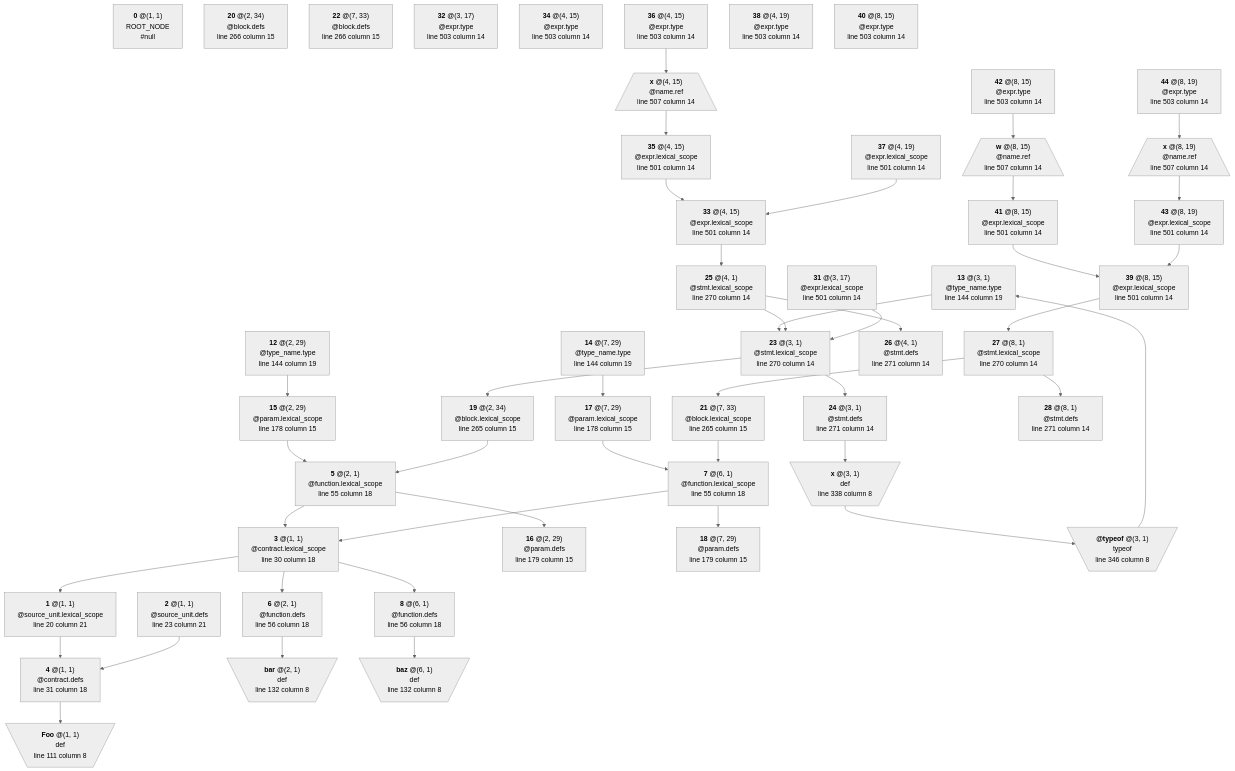
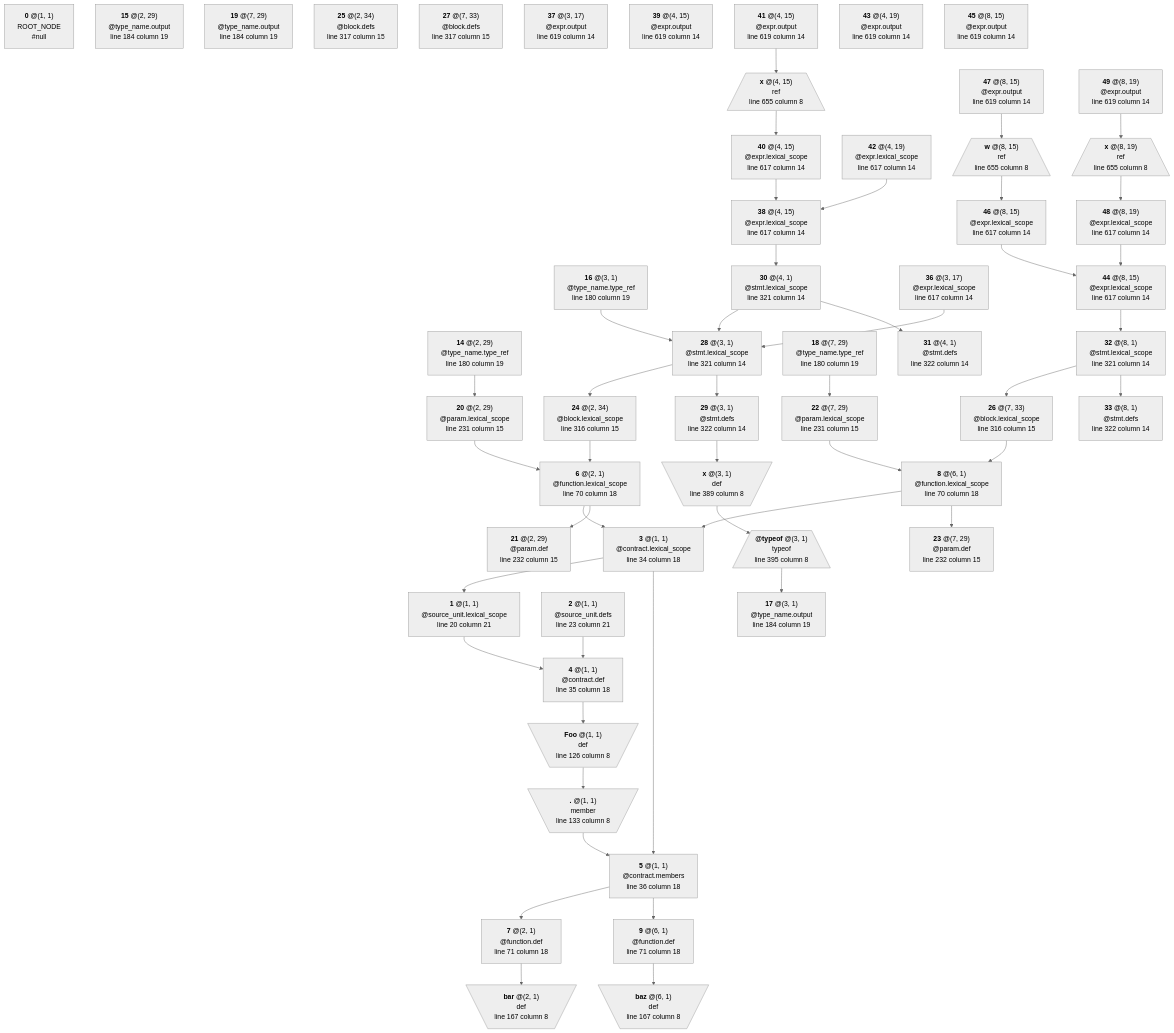
The diagram in crates/solidity/testing/snapshots/bindings_output/lexical/local_vars/generated/0.5.0.mmd (manastech/slang), drawn with Mermaid (neutral theme) before and after one commit. The commit also changed 39 other files, not shown here.

First line of the commit message:
Bindings for structs and refactor contract/libs/ifaces members rules

```diff
--- a/crates/solidity/testing/snapshots/bindings_output/lexical/local_vars/generated/0.5.0.mmd
+++ b/crates/solidity/testing/snapshots/bindings_output/lexical/local_vars/generated/0.5.0.mmd
@@ -14,175 +14,193 @@
 	N2 --> N4
 	N3["`**3** @(1, 1)
 @contract.lexical_scope
-line 30 column 18`"]
+line 34 column 18`"]
 	N3 --> N1
-	N3 --> N6
-	N3 --> N8
+	N3 --> N5
 	N4["`**4** @(1, 1)
-@contract.defs
-line 31 column 18`"]
-	N4 --> N9
-	N5["`**5** @(2, 1)
+@contract.def
+line 35 column 18`"]
+	N4 --> N10
+	N5["`**5** @(1, 1)
+@contract.members
+line 36 column 18`"]
+	N5 --> N7
+	N5 --> N9
+	N6["`**6** @(2, 1)
 @function.lexical_scope
-line 55 column 18`"]
-	N5 --> N3
-	N5 --> N16
-	N6["`**6** @(2, 1)
-@function.defs
-line 56 column 18`"]
-	N6 --> N10
-	N7["`**7** @(6, 1)
+line 70 column 18`"]
+	N6 --> N3
+	N6 --> N21
+	N7["`**7** @(2, 1)
+@function.def
+line 71 column 18`"]
+	N7 --> N12
+	N8["`**8** @(6, 1)
 @function.lexical_scope
-line 55 column 18`"]
-	N7 --> N3
-	N7 --> N18
-	N8["`**8** @(6, 1)
-@function.defs
-line 56 column 18`"]
-	N8 --> N11
-	N9[\"`**Foo** @(1, 1)
+line 70 column 18`"]
+	N8 --> N3
+	N8 --> N23
+	N9["`**9** @(6, 1)
+@function.def
+line 71 column 18`"]
+	N9 --> N13
+	N10[\"`**Foo** @(1, 1)
 def
-line 111 column 8`"/]
-	N10[\"`**bar** @(2, 1)
+line 126 column 8`"/]
+	N10 --> N11
+	N11[\"`**.** @(1, 1)
+member
+line 133 column 8`"/]
+	N11 --> N5
+	N12[\"`**bar** @(2, 1)
 def
-line 132 column 8`"/]
-	N11[\"`**baz** @(6, 1)
+line 167 column 8`"/]
+	N13[\"`**baz** @(6, 1)
 def
-line 132 column 8`"/]
-	N12["`**12** @(2, 29)
-@type_name.type
-line 144 column 19`"]
-	N12 --> N15
-	N13["`**13** @(3, 1)
-@type_name.type
-line 144 column 19`"]
-	N13 --> N23
-	N14["`**14** @(7, 29)
-@type_name.type
-line 144 column 19`"]
-	N14 --> N17
+line 167 column 8`"/]
+	N14["`**14** @(2, 29)
+@type_name.type_ref
+line 180 column 19`"]
+	N14 --> N20
 	N15["`**15** @(2, 29)
+@type_name.output
+line 184 column 19`"]
+	N16["`**16** @(3, 1)
+@type_name.type_ref
+line 180 column 19`"]
+	N16 --> N28
+	N17["`**17** @(3, 1)
+@type_name.output
+line 184 column 19`"]
+	N18["`**18** @(7, 29)
+@type_name.type_ref
+line 180 column 19`"]
+	N18 --> N22
+	N19["`**19** @(7, 29)
+@type_name.output
+line 184 column 19`"]
+	N20["`**20** @(2, 29)
 @param.lexical_scope
-line 178 column 15`"]
-	N15 --> N5
-	N16["`**16** @(2, 29)
-@param.defs
-line 179 column 15`"]
-	N17["`**17** @(7, 29)
+line 231 column 15`"]
+	N20 --> N6
+	N21["`**21** @(2, 29)
+@param.def
+line 232 column 15`"]
+	N22["`**22** @(7, 29)
 @param.lexical_scope
-line 178 column 15`"]
-	N17 --> N7
-	N18["`**18** @(7, 29)
-@param.defs
-line 179 column 15`"]
-	N19["`**19** @(2, 34)
+line 231 column 15`"]
+	N22 --> N8
+	N23["`**23** @(7, 29)
+@param.def
+line 232 column 15`"]
+	N24["`**24** @(2, 34)
 @block.lexical_scope
-line 265 column 15`"]
-	N19 --> N5
-	N20["`**20** @(2, 34)
+line 316 column 15`"]
+	N24 --> N6
+	N25["`**25** @(2, 34)
 @block.defs
-line 266 column 15`"]
-	N21["`**21** @(7, 33)
+line 317 column 15`"]
+	N26["`**26** @(7, 33)
 @block.lexical_scope
-line 265 column 15`"]
-	N21 --> N7
-	N22["`**22** @(7, 33)
+line 316 column 15`"]
+	N26 --> N8
+	N27["`**27** @(7, 33)
 @block.defs
-line 266 column 15`"]
-	N23["`**23** @(3, 1)
+line 317 column 15`"]
+	N28["`**28** @(3, 1)
 @stmt.lexical_scope
-line 270 column 14`"]
-	N23 --> N19
-	N23 --> N24
-	N24["`**24** @(3, 1)
+line 321 column 14`"]
+	N28 --> N24
+	N28 --> N29
+	N29["`**29** @(3, 1)
 @stmt.defs
-line 271 column 14`"]
-	N24 --> N29
-	N25["`**25** @(4, 1)
+line 322 column 14`"]
+	N29 --> N34
+	N30["`**30** @(4, 1)
 @stmt.lexical_scope
-line 270 column 14`"]
-	N25 --> N23
-	N25 --> N26
-	N26["`**26** @(4, 1)
+line 321 column 14`"]
+	N30 --> N28
+	N30 --> N31
+	N31["`**31** @(4, 1)
 @stmt.defs
-line 271 column 14`"]
-	N27["`**27** @(8, 1)
+line 322 column 14`"]
+	N32["`**32** @(8, 1)
 @stmt.lexical_scope
-line 270 column 14`"]
-	N27 --> N21
-	N27 --> N28
-	N28["`**28** @(8, 1)
+line 321 column 14`"]
+	N32 --> N26
+	N32 --> N33
+	N33["`**33** @(8, 1)
 @stmt.defs
-line 271 column 14`"]
-	N29[\"`**x** @(3, 1)
+line 322 column 14`"]
+	N34[\"`**x** @(3, 1)
 def
-line 338 column 8`"/]
-	N29 --> N30
-	N30[\"`**@typeof** @(3, 1)
+line 389 column 8`"/]
+	N34 --> N35
+	N35[/"`**@typeof** @(3, 1)
 typeof
-line 346 column 8`"/]
-	N30 --> N13
-	N31["`**31** @(3, 17)
+line 395 column 8`"\]
+	N35 --> N17
+	N36["`**36** @(3, 17)
 @expr.lexical_scope
-line 501 column 14`"]
-	N31 --> N23
-	N32["`**32** @(3, 17)
-@expr.type
-line 503 column 14`"]
-	N33["`**33** @(4, 15)
+line 617 column 14`"]
+	N36 --> N28
+	N37["`**37** @(3, 17)
+@expr.output
+line 619 column 14`"]
+	N38["`**38** @(4, 15)
 @expr.lexical_scope
-line 501 column 14`"]
-	N33 --> N25
-	N34["`**34** @(4, 15)
-@expr.type
-line 503 column 14`"]
-	N35["`**35** @(4, 15)
+line 617 column 14`"]
+	N38 --> N30
+	N39["`**39** @(4, 15)
+@expr.output
+line 619 column 14`"]
+	N40["`**40** @(4, 15)
 @expr.lexical_scope
-line 501 column 14`"]
-	N35 --> N33
-	N36["`**36** @(4, 15)
-@expr.type
-line 503 column 14`"]
-	N36 --> N45
-	N37["`**37** @(4, 19)
+line 617 column 14`"]
+	N40 --> N38
+	N41["`**41** @(4, 15)
+@expr.output
+line 619 column 14`"]
+	N41 --> N50
+	N42["`**42** @(4, 19)
 @expr.lexical_scope
-line 501 column 14`"]
-	N37 --> N33
-	N38["`**38** @(4, 19)
-@expr.type
-line 503 column 14`"]
-	N39["`**39** @(8, 15)
+line 617 column 14`"]
+	N42 --> N38
+	N43["`**43** @(4, 19)
+@expr.output
+line 619 column 14`"]
+	N44["`**44** @(8, 15)
 @expr.lexical_scope
-line 501 column 14`"]
-	N39 --> N27
-	N40["`**40** @(8, 15)
-@expr.type
-line 503 column 14`"]
-	N41["`**41** @(8, 15)
+line 617 column 14`"]
+	N44 --> N32
+	N45["`**45** @(8, 15)
+@expr.output
+line 619 column 14`"]
+	N46["`**46** @(8, 15)
 @expr.lexical_scope
-line 501 column 14`"]
-	N41 --> N39
-	N42["`**42** @(8, 15)
-@expr.type
-line 503 column 14`"]
-	N42 --> N46
-	N43["`**43** @(8, 19)
+line 617 column 14`"]
+	N46 --> N44
+	N47["`**47** @(8, 15)
+@expr.output
+line 619 column 14`"]
+	N47 --> N51
+	N48["`**48** @(8, 19)
 @expr.lexical_scope
-line 501 column 14`"]
-	N43 --> N39
-	N44["`**44** @(8, 19)
-@expr.type
-line 503 column 14`"]
-	N44 --> N47
-	N45[/"`**x** @(4, 15)
-@name.ref
-line 507 column 14`"\]
-	N45 --> N35
-	N46[/"`**w** @(8, 15)
-@name.ref
-line 507 column 14`"\]
-	N46 --> N41
-	N47[/"`**x** @(8, 19)
-@name.ref
-line 507 column 14`"\]
-	N47 --> N43
+line 617 column 14`"]
+	N48 --> N44
+	N49["`**49** @(8, 19)
+@expr.output
+line 619 column 14`"]
+	N49 --> N52
+	N50[/"`**x** @(4, 15)
+ref
+line 655 column 8`"\]
+	N50 --> N40
+	N51[/"`**w** @(8, 15)
+ref
+line 655 column 8`"\]
+	N51 --> N46
+	N52[/"`**x** @(8, 19)
+ref
+line 655 column 8`"\]
+	N52 --> N48
```
